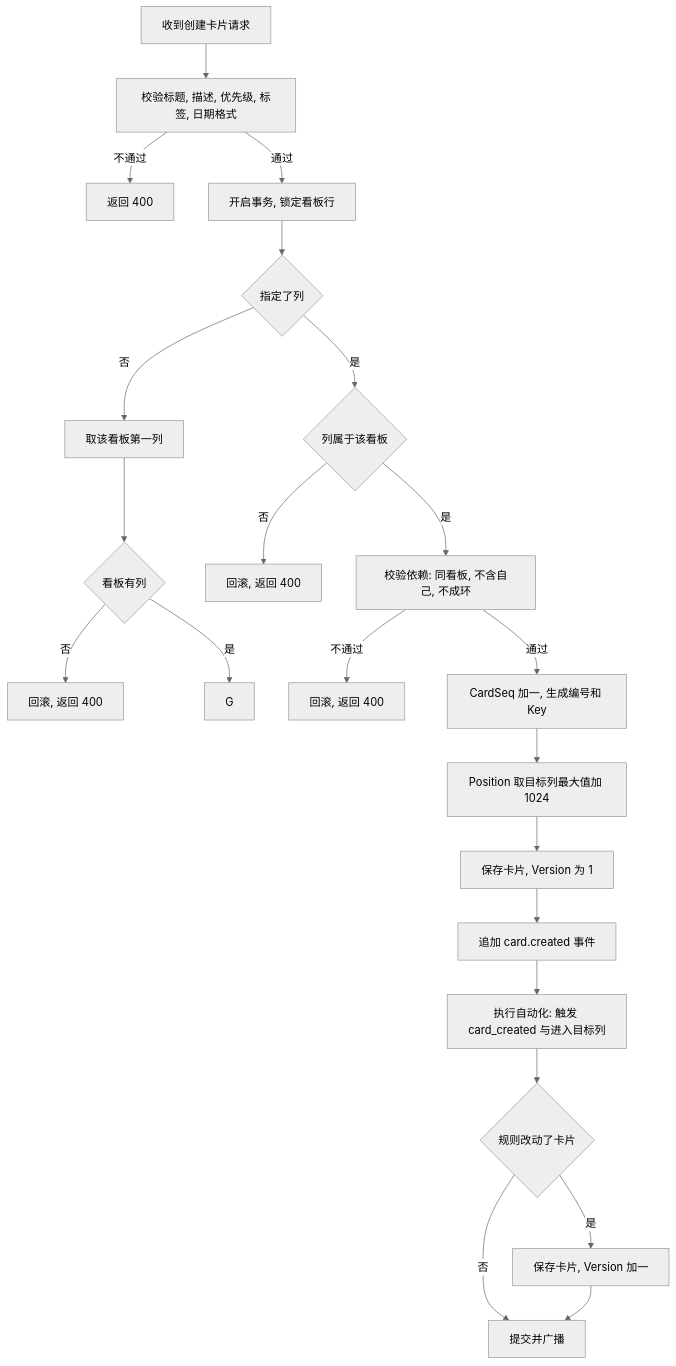
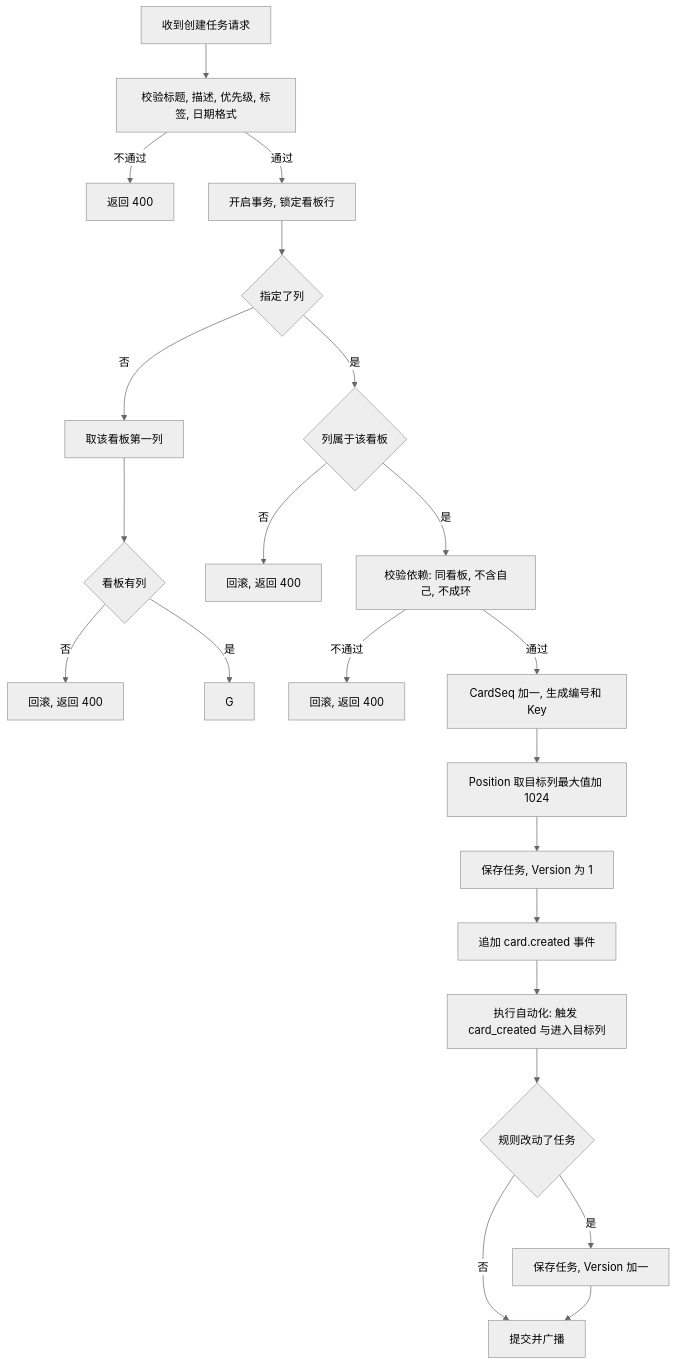
The first of 4 diagrams in .cursor/scopes/kanban.card.go.md (ixugo/slate-kanban), drawn with Mermaid (neutral theme) before and after one commit. The commit also changed other lines of this file and 49 other files, not shown here.

````diff
--- a/.cursor/scopes/kanban.card.go.md
+++ b/.cursor/scopes/kanban.card.go.md
@@ -67,24 +67,24 @@
 ```mermaid
 flowchart TD
-    A[收到创建卡片请求] --> B[校验标题, 描述, 优先级, 标签, 日期格式]
+    A[收到创建任务请求] --> B[校验标题, 描述, 优先级, 标签, 日期格式]
     B -->|不通过| Z1[返回 400]
     B -->|通过| C[开启事务, 锁定看板行]
     C --> D{指定了列}
     D -->|否| E[取该看板第一列]
     E --> E2{看板有列}
     E2 -->|否| Z2[回滚, 返回 400]
     E2 -->|是| G
     D -->|是| F{列属于该看板}
     F -->|否| Z3[回滚, 返回 400]
     F -->|是| H[校验依赖: 同看板, 不含自己, 不成环]
     H -->|不通过| Z5[回滚, 返回 400]
     H -->|通过| I[CardSeq 加一, 生成编号和 Key]
     I --> J[Position 取目标列最大值加 1024]
-    J --> K[保存卡片, Version 为 1]
+    J --> K[保存任务, Version 为 1]
     K --> L[追加 card.created 事件]
     L --> M[执行自动化: 触发 card_created 与进入目标列]
-    M --> N{规则改动了卡片}
-    N -->|是| O[保存卡片, Version 加一]
+    M --> N{规则改动了任务}
+    N -->|是| O[保存任务, Version 加一]
     N -->|否| P[提交并广播]
     O --> P
 ```
````
